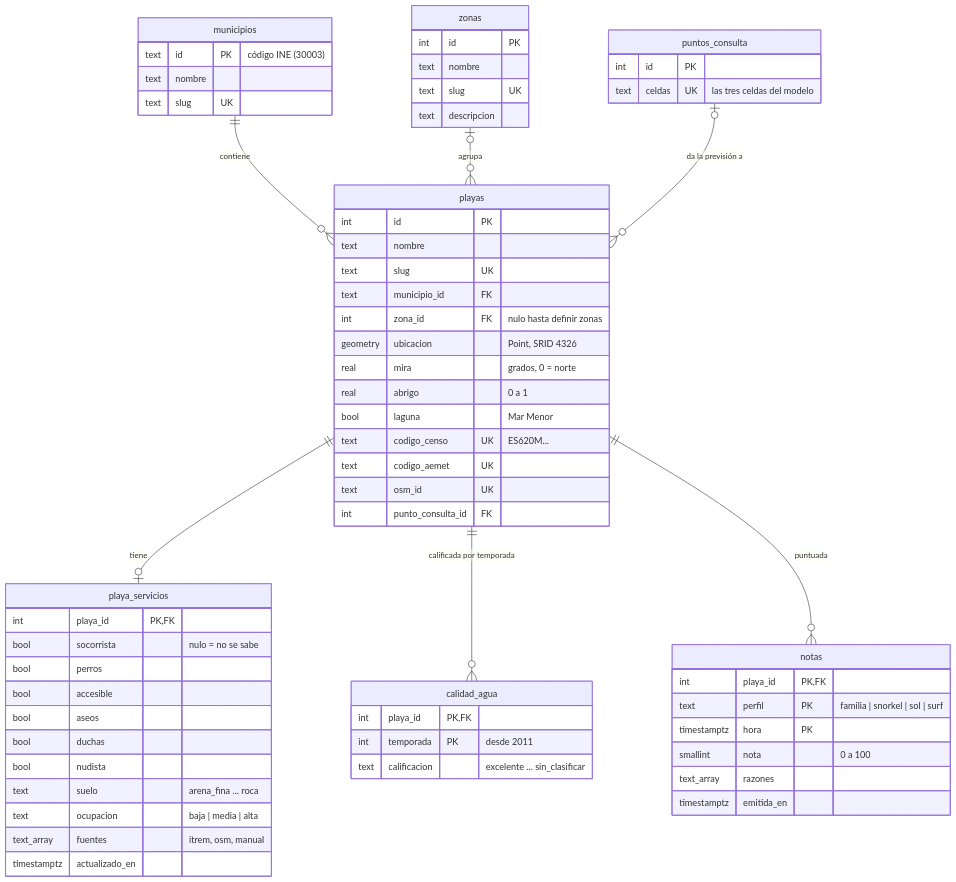
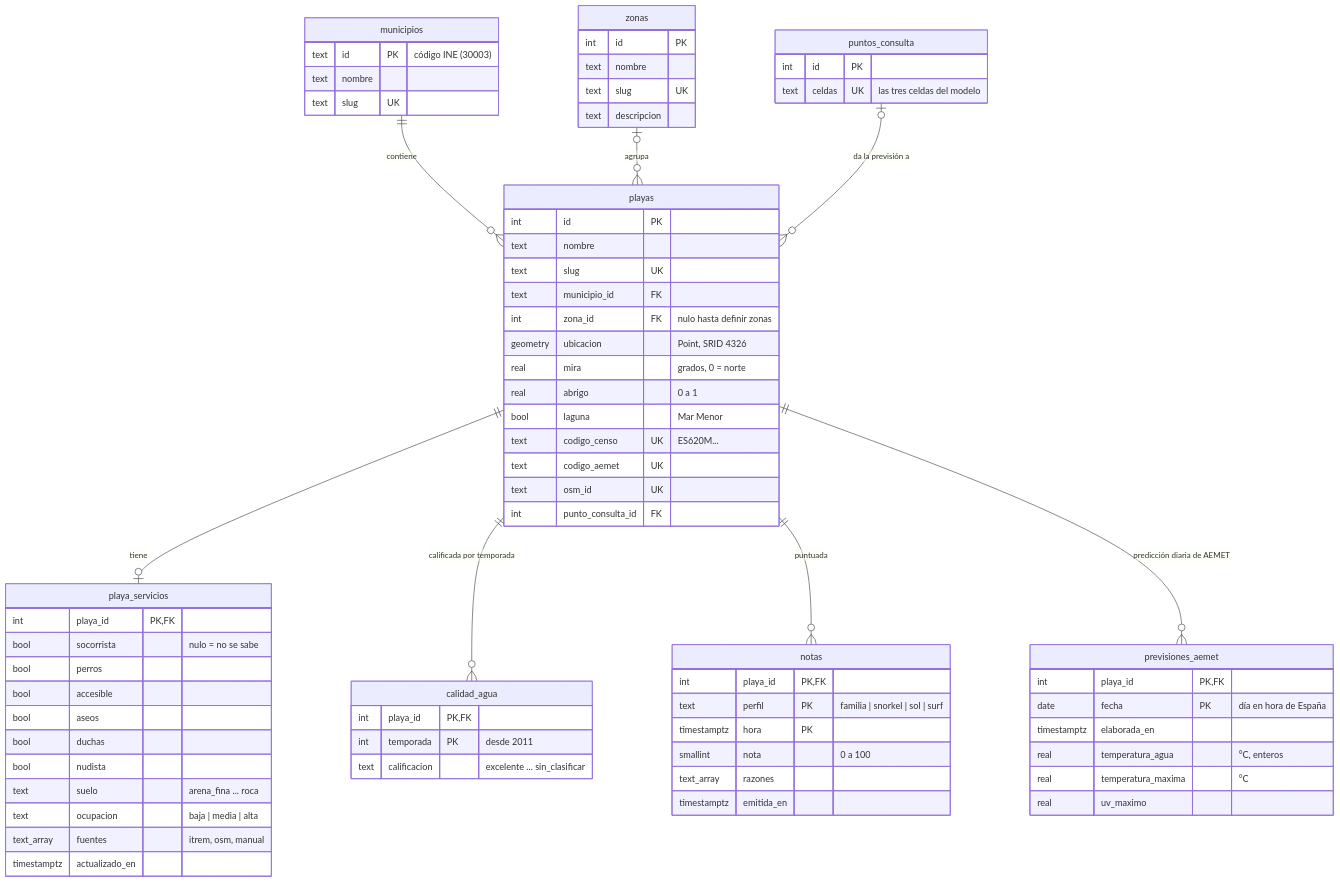
One commit to pdawgabriel-hub/playa-hoy changed the first of 2 diagrams in docs/modelo-datos.md. Above: the diagram before and after it, drawn with Mermaid. The commit also changed other lines of this file and 15 other files, not shown here.

Commit message:
feat(jobs): emparejar playas con AEMET y guardar su previsión diaria

````diff
--- a/docs/modelo-datos.md
+++ b/docs/modelo-datos.md
@@ -11,72 +11,82 @@
 ```mermaid
 erDiagram
     municipios ||--o{ playas : "contiene"
     zonas |o--o{ playas : "agrupa"
     playas ||--o| playa_servicios : "tiene"
     playas ||--o{ calidad_agua : "calificada por temporada"
     playas ||--o{ notas : "puntuada"
+    playas ||--o{ previsiones_aemet : "predicción diaria de AEMET"
     puntos_consulta |o--o{ playas : "da la previsión a"
 
     municipios {
         text id PK "código INE (30003)"
         text nombre
         text slug UK
     }
 
     zonas {
         int id PK
         text nombre
         text slug UK
         text descripcion
     }
 
     playas {
         int id PK
         text nombre
         text slug UK
         text municipio_id FK
         int zona_id FK "nulo hasta definir zonas"
         geometry ubicacion "Point, SRID 4326"
         real mira "grados, 0 = norte"
         real abrigo "0 a 1"
         bool laguna "Mar Menor"
         text codigo_censo UK "ES620M..."
         text codigo_aemet UK
         text osm_id UK
         int punto_consulta_id FK
     }
 
     playa_servicios {
         int playa_id PK, FK
         bool socorrista "nulo = no se sabe"
         bool perros
         bool accesible
         bool aseos
         bool duchas
         bool nudista
         text suelo "arena_fina ... roca"
         text ocupacion "baja | media | alta"
         text_array fuentes "itrem, osm, manual"
         timestamptz actualizado_en
     }
 
     calidad_agua {
         int playa_id PK, FK
         int temporada PK "desde 2011"
         text calificacion "excelente ... sin_clasificar"
     }
 
     notas {
         int playa_id PK, FK
         text perfil PK "familia | snorkel | sol | surf"
         timestamptz hora PK
         smallint nota "0 a 100"
         text_array razones
         timestamptz emitida_en
     }
 
     puntos_consulta {
         int id PK
         text celdas UK "las tres celdas del modelo"
     }
+
+    previsiones_aemet {
+        int playa_id PK, FK
+        date fecha PK "día en hora de España"
+        timestamptz elaborada_en
+        real temperatura_agua "°C, enteros"
+        real temperatura_maxima "°C"
+        real uv_maximo
+    }
 ```
````
